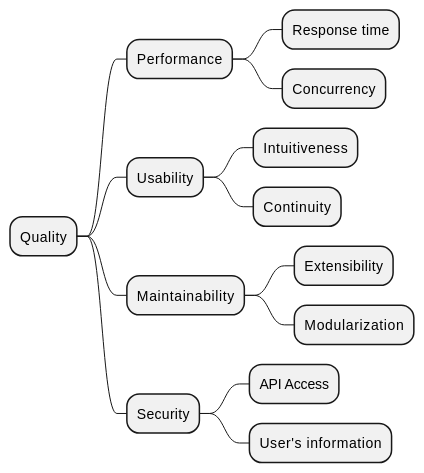
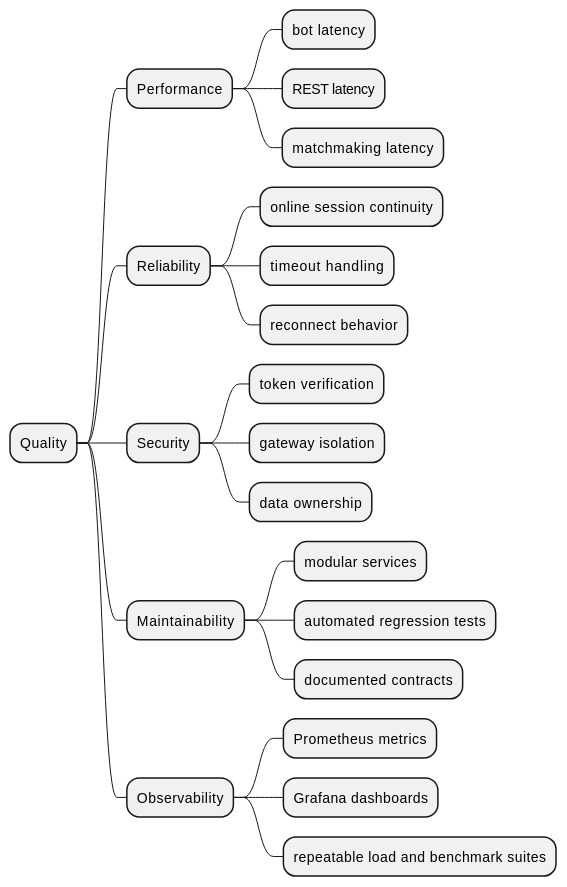
The diagram in docs/src/10_quality_requirements.adoc (Arquisoft/yovi_es1c), drawn with PlantUML before and after one commit. The commit also changed other lines of this file and 10 other files, not shown here.

```diff
--- a/docs/src/10_quality_requirements.adoc
+++ b/docs/src/10_quality_requirements.adoc
@@ -10,18 +10,26 @@
 [plantuml, quality-tree, png]
 ----
 @startmindmap
 * Quality
 ** Performance
-*** Response time
-*** Concurrency
-** Usability
-*** Intuitiveness
-*** Continuity
+*** bot latency
+*** REST latency
+*** matchmaking latency
+** Reliability
+*** online session continuity
+*** timeout handling
+*** reconnect behavior
+** Security
+*** token verification
+*** gateway isolation
+*** data ownership
 ** Maintainability
-*** Extensibility
-*** Modularization
-** Security
-*** API Access
-*** User's information
+*** modular services
+*** automated regression tests
+*** documented contracts
+** Observability
+*** Prometheus metrics
+*** Grafana dashboards
+*** repeatable load and benchmark suites
 @endmindmap
 ----
```
